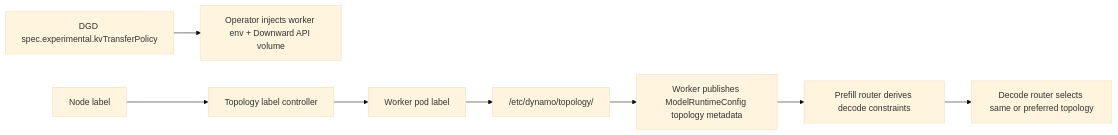
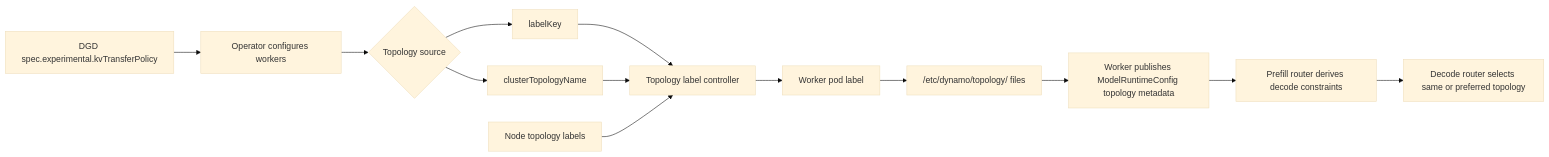
Before and after one commit to wxsms/dynamo: the diagram in docs/fern/pages/developer-guide/knowledge-base/kubernetes/multinode/topology-aware-kv-transfer.md, drawn with Mermaid (base theme). The commit also changed other lines of this file and 2 other files, not shown here.

Commit message:
docs(router): update topology-aware KV transfer guidance (#12634)

````diff
--- a/docs/fern/pages/developer-guide/knowledge-base/kubernetes/multinode/topology-aware-kv-transfer.md
+++ b/docs/fern/pages/developer-guide/knowledge-base/kubernetes/multinode/topology-aware-kv-transfer.md
@@ -21,10 +21,15 @@
 ```mermaid
 flowchart LR
-    DGD["DGD spec.experimental.kvTransferPolicy"] --> Operator["Operator injects worker env + Downward API volume"]
-    Node["Node label"] --> Controller["Topology label controller"]
+    DGD["DGD spec.experimental.kvTransferPolicy"] --> Operator["Operator configures workers"]
+    Operator --> Source{"Topology source"}
+    Source --> Label["labelKey"]
+    Source --> Grove["clusterTopologyName"]
+    Label --> Controller["Topology label controller"]
+    Grove --> Controller
+    Node["Node topology labels"] --> Controller
     Controller --> Pod["Worker pod label"]
-    Pod --> Volume["/etc/dynamo/topology/<domain>"]
+    Pod --> Volume["/etc/dynamo/topology/<domain> files"]
     Volume --> Runtime["Worker publishes ModelRuntimeConfig topology metadata"]
     Runtime --> Prefill["Prefill router derives decode constraints"]
     Prefill --> Decode["Decode router selects same or preferred topology"]
 ```
````
